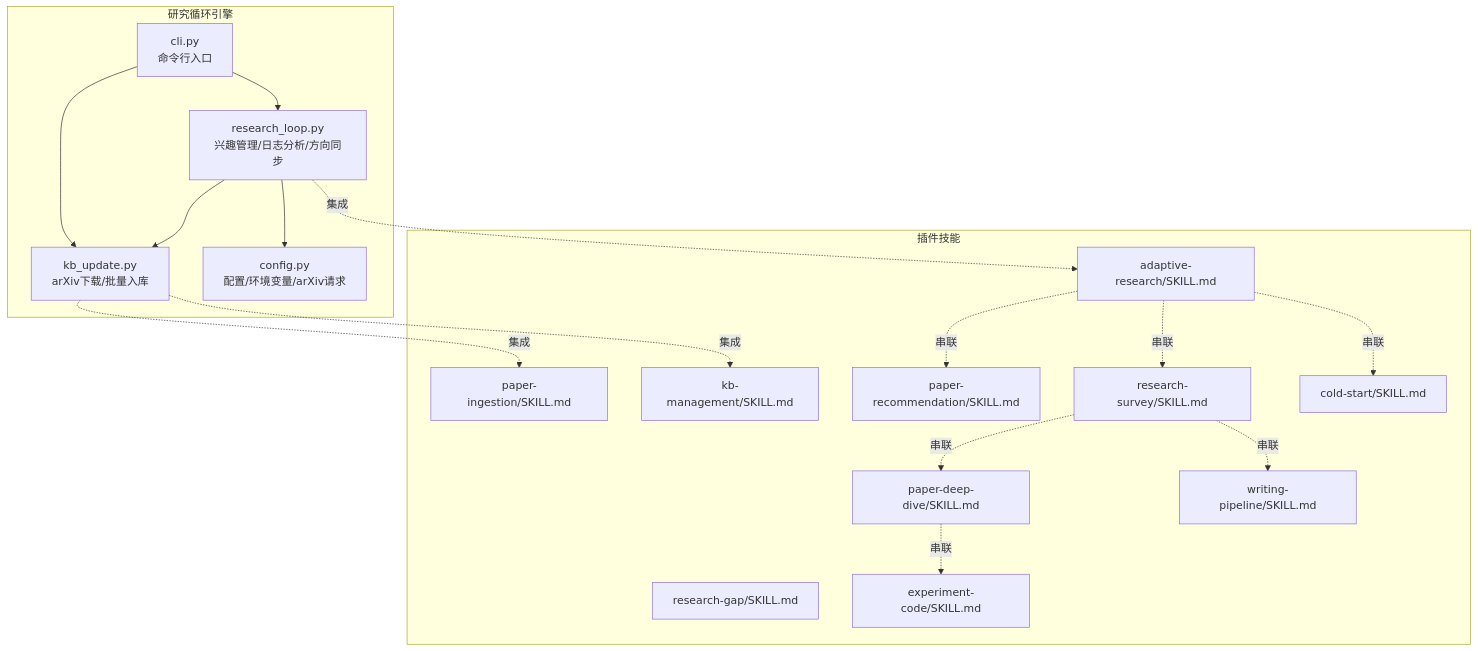
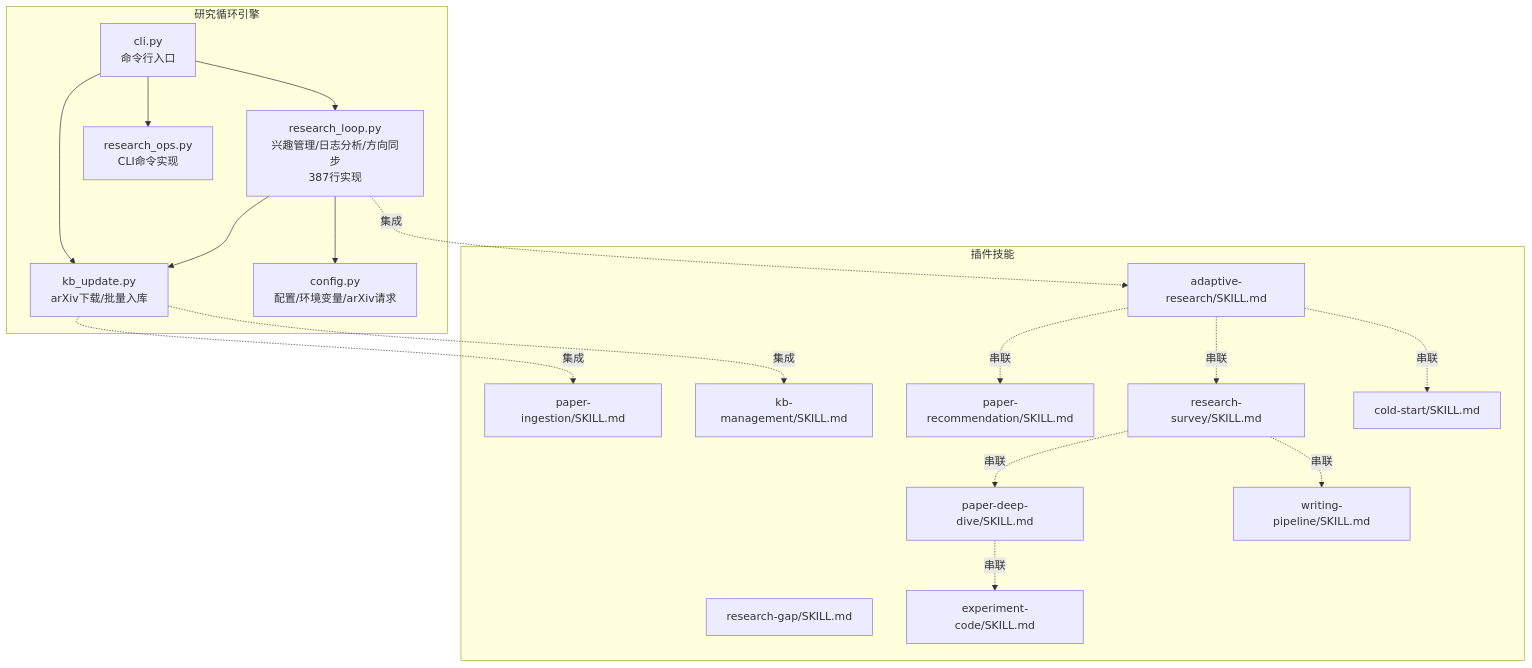
The first of 9 diagrams in .qoder/repowiki/zh/content/Python后端系统/研究循环引擎.md (1173591564/academic-based-qoder), drawn with Mermaid before and after one commit. The commit also changed other lines of this file and 68 other files, not shown here.

````diff
--- a/.qoder/repowiki/zh/content/Python后端系统/研究循环引擎.md
+++ b/.qoder/repowiki/zh/content/Python后端系统/研究循环引擎.md
@@ -44,34 +55,36 @@
 ```mermaid
 graph TB
 subgraph "研究循环引擎"
-RL["research_loop.py<br/>兴趣管理/日志分析/方向同步"]
+RL["research_loop.py<br/>兴趣管理/日志分析/方向同步<br/>387行实现"]
 KBU["kb_update.py<br/>arXiv下载/批量入库"]
 CFG["config.py<br/>配置/环境变量/arXiv请求"]
 CLI["cli.py<br/>命令行入口"]
+ROPS["research_ops.py<br/>CLI命令实现"]
 end
 subgraph "插件技能"
 AR["adaptive-research/SKILL.md"]
 PI["paper-ingestion/SKILL.md"]
 KB["kb-management/SKILL.md"]
 PR["paper-recommendation/SKILL.md"]
 RG["research-gap/SKILL.md"]
 RS["research-survey/SKILL.md"]
 CS["cold-start/SKILL.md"]
 PDD["paper-deep-dive/SKILL.md"]
 WP["writing-pipeline/SKILL.md"]
 EC["experiment-code/SKILL.md"]
 end
 RL --> KBU
 RL --> CFG
+CLI --> ROPS
 CLI --> RL
 CLI --> KBU
 RL -.集成.-> AR
 KBU -.集成.-> PI
 KBU -.集成.-> KB
 AR -.串联.-> PR
 AR -.串联.-> RS
 AR -.串联.-> CS
 RS -.串联.-> PDD
 RS -.串联.-> WP
 PDD -.串联.-> EC
 ```
````
